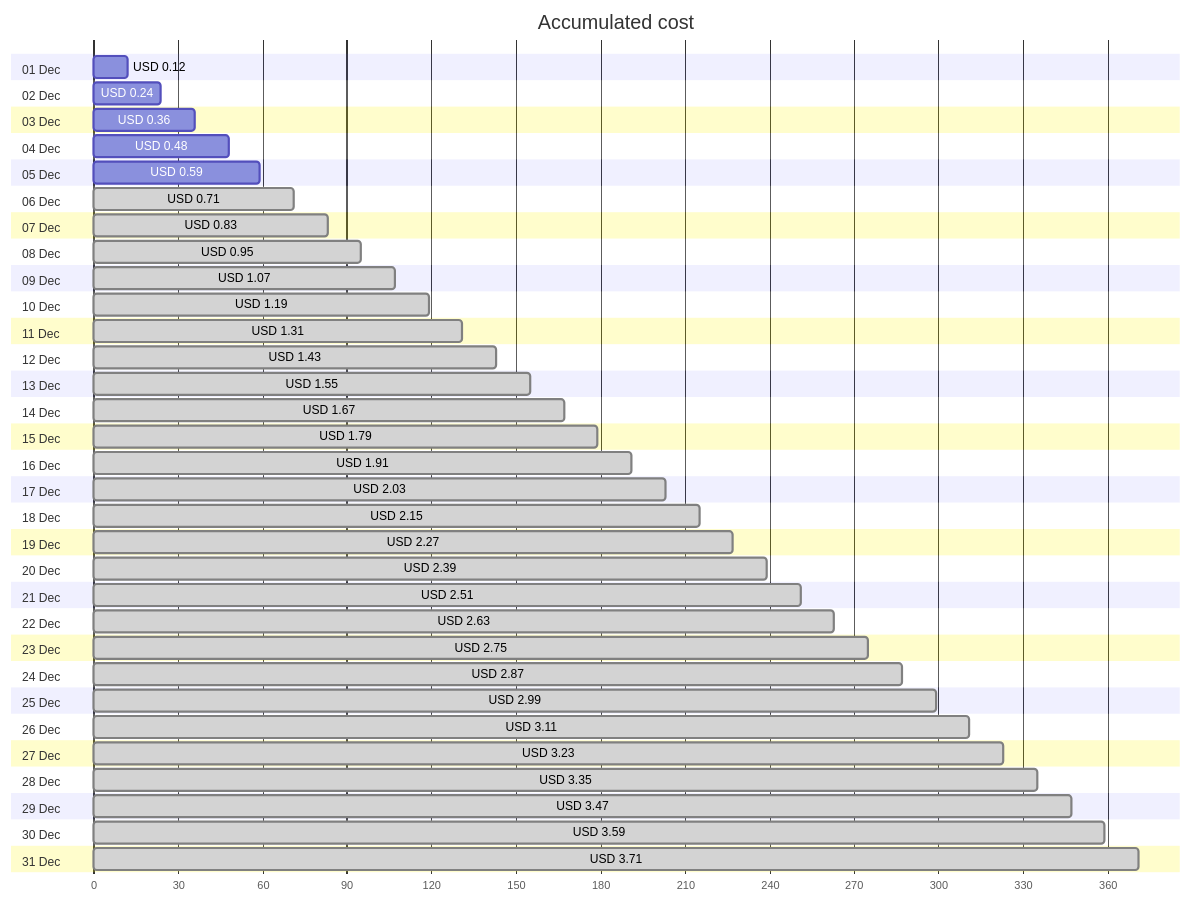
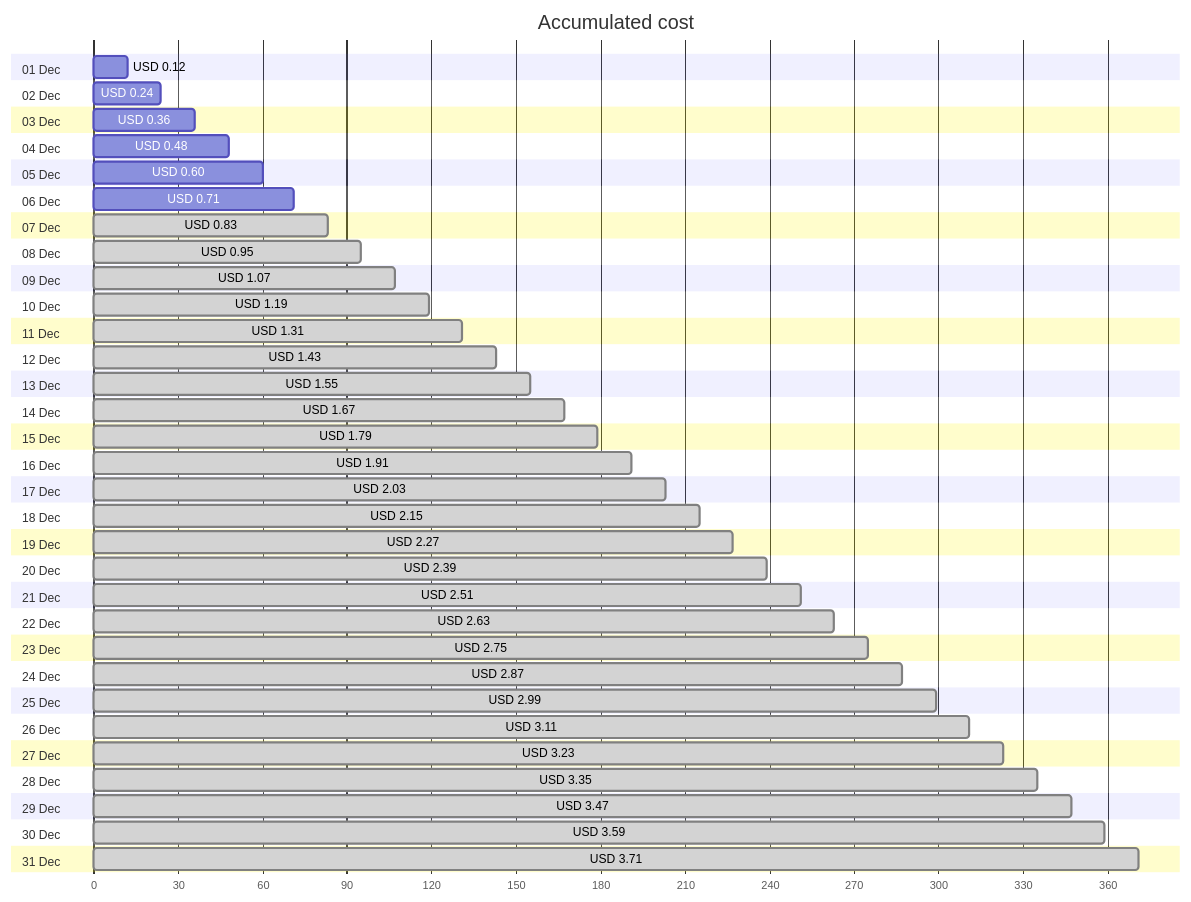
Before and after one commit to jpfulton/azure-personal-reports: the first of 4 diagrams in cost-reports/personal-network/backup-server-public-ip.md, drawn with Mermaid. The commit also changed other lines of this file and 8 other files, not shown here.

````diff
--- a/cost-reports/personal-network/backup-server-public-ip.md
+++ b/cost-reports/personal-network/backup-server-public-ip.md
@@ -20,68 +20,68 @@
 ```mermaid
 gantt
    title Accumulated cost
    dateFormat  X
    axisFormat %s
    section 01 Dec
    USD 0.12 :0, 12
    section 02 Dec
    USD 0.24 :0, 24
    section 03 Dec
    USD 0.36 :0, 36
    section 04 Dec
    USD 0.48 :0, 48
    section 05 Dec
-   USD 0.59 :0, 59
+   USD 0.60 :0, 60
    section 06 Dec
-   USD 0.71 : done, 0, 71
+   USD 0.71 :0, 71
    section 07 Dec
    USD 0.83 : done, 0, 83
    section 08 Dec
    USD 0.95 : done, 0, 95
    section 09 Dec
    USD 1.07 : done, 0, 107
    section 10 Dec
    USD 1.19 : done, 0, 119
    section 11 Dec
    USD 1.31 : done, 0, 131
    section 12 Dec
    USD 1.43 : done, 0, 143
    section 13 Dec
    USD 1.55 : done, 0, 155
    section 14 Dec
    USD 1.67 : done, 0, 167
    section 15 Dec
    USD 1.79 : done, 0, 179
    section 16 Dec
    USD 1.91 : done, 0, 191
    section 17 Dec
    USD 2.03 : done, 0, 203
    section 18 Dec
    USD 2.15 : done, 0, 215
    section 19 Dec
    USD 2.27 : done, 0, 227
    section 20 Dec
    USD 2.39 : done, 0, 239
    section 21 Dec
    USD 2.51 : done, 0, 251
    section 22 Dec
    USD 2.63 : done, 0, 263
    section 23 Dec
    USD 2.75 : done, 0, 275
    section 24 Dec
    USD 2.87 : done, 0, 287
    section 25 Dec
    USD 2.99 : done, 0, 299
    section 26 Dec
    USD 3.11 : done, 0, 311
    section 27 Dec
    USD 3.23 : done, 0, 323
    section 28 Dec
    USD 3.35 : done, 0, 335
    section 29 Dec
    USD 3.47 : done, 0, 347
    section 30 Dec
    USD 3.59 : done, 0, 359
    section 31 Dec
    USD 3.71 : done, 0, 371
 ```
````
